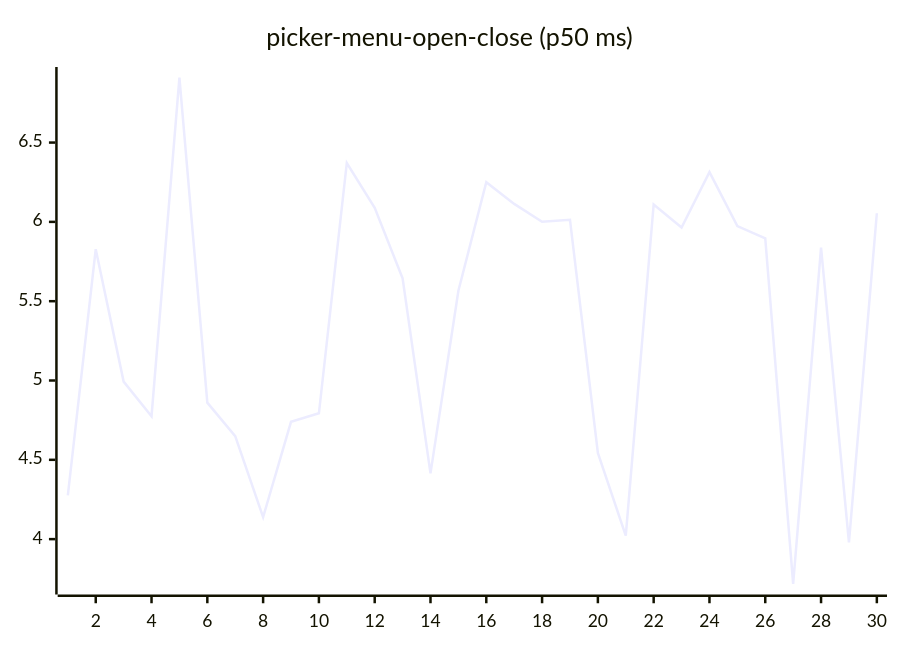
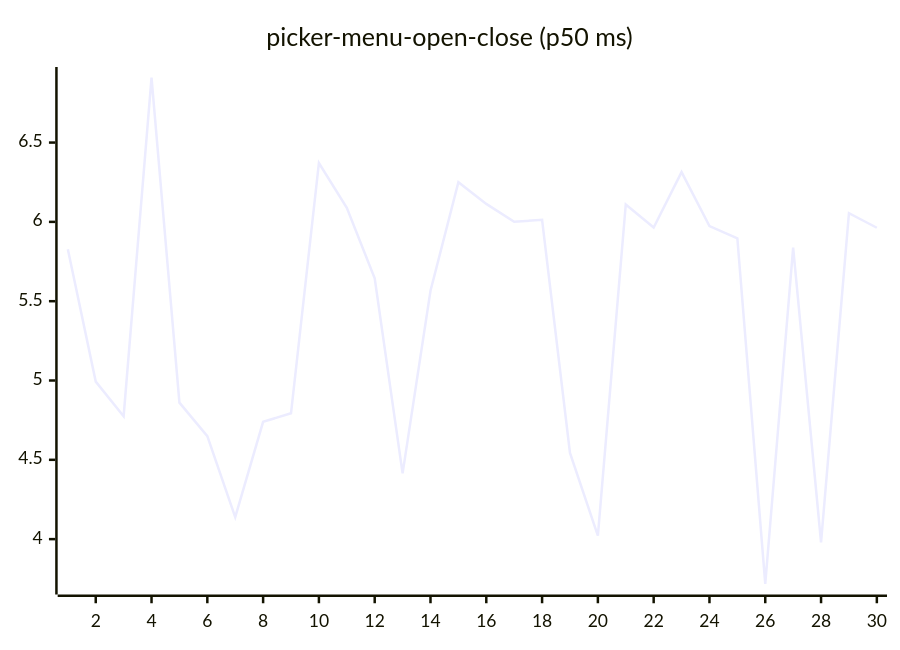
One commit to josha/Facet changed diagram 16 of 27 in README.md. Above: the diagram before and after it, drawn with Mermaid. The commit also changed other lines of this file and 2 other files, not shown here.

````diff
--- a/README.md
+++ b/README.md
@@ -168,6 +168,6 @@
 ```mermaid
 xychart-beta
     title "picker-menu-open-close (p50 ms)"
     x-axis 1 --> 30
-    line [4.2762, 5.8275, 4.9929, 4.7749, 6.9094, 4.8605, 4.6493, 4.1383, 4.7397, 4.7934, 6.3713, 6.0885, 5.6440, 4.4145, 5.5656, 6.2500, 6.1133, 6.0006, 6.0128, 4.5439, 4.0216, 6.1100, 5.9646, 6.3137, 5.9733, 5.8960, 3.7179, 5.8378, 3.9788, 6.0543]
+    line [5.8275, 4.9929, 4.7749, 6.9094, 4.8605, 4.6493, 4.1383, 4.7397, 4.7934, 6.3713, 6.0885, 5.6440, 4.4145, 5.5656, 6.2500, 6.1133, 6.0006, 6.0128, 4.5439, 4.0216, 6.1100, 5.9646, 6.3137, 5.9733, 5.8960, 3.7179, 5.8378, 3.9788, 6.0543, 5.9629]
 ```
````
